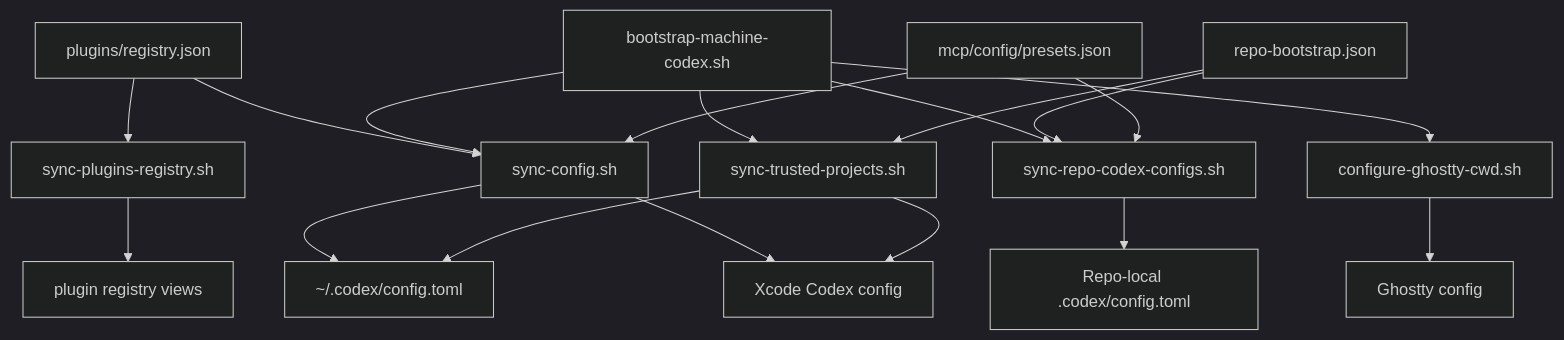
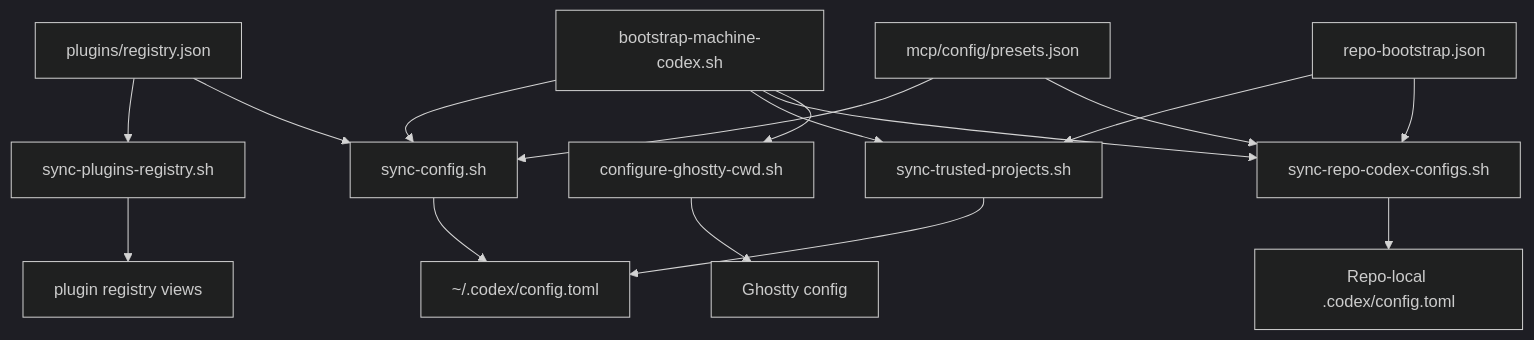
Before and after one commit to wisdom-in-a-nutshell/.agents: the first of 6 diagrams in docs/architecture/codex-control-plane-script-flows.md, drawn with Mermaid (dark theme). The commit also changed other lines of this file and 36 other files, not shown here.

````diff
--- a/docs/architecture/codex-control-plane-script-flows.md
+++ b/docs/architecture/codex-control-plane-script-flows.md
@@ -20,20 +20,18 @@
 ```mermaid
 flowchart TD
     P[plugins/registry.json] --> Q[sync-plugins-registry.sh]
     P --> B[sync-config.sh]
     Q --> V[plugin registry views]
     A[bootstrap-machine-codex.sh] --> B[sync-config.sh]
     A --> C[sync-trusted-projects.sh]
     A --> D[sync-repo-codex-configs.sh]
     A --> E[configure-ghostty-cwd.sh]
     R[repo-bootstrap.json] --> C
     R --> D
     M[mcp/config/presets.json] --> B
     M --> D
     B --> F[~/.codex/config.toml]
-    B --> G[Xcode Codex config]
     C --> F
-    C --> G
     D --> H[Repo-local .codex/config.toml]
     E --> I[Ghostty config]
 ```
````
